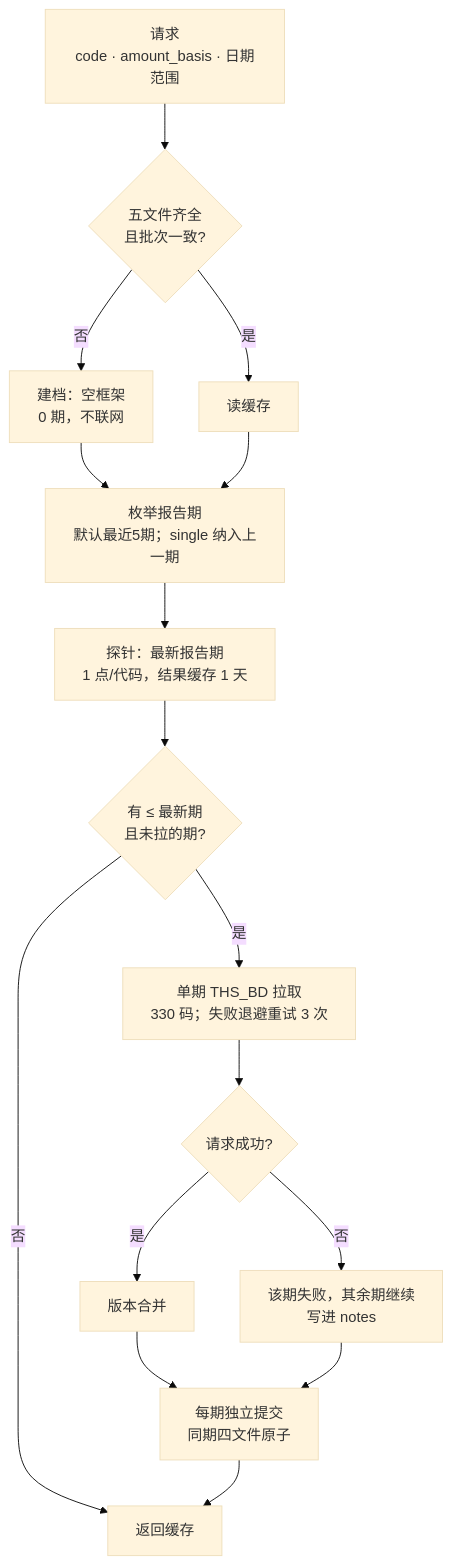
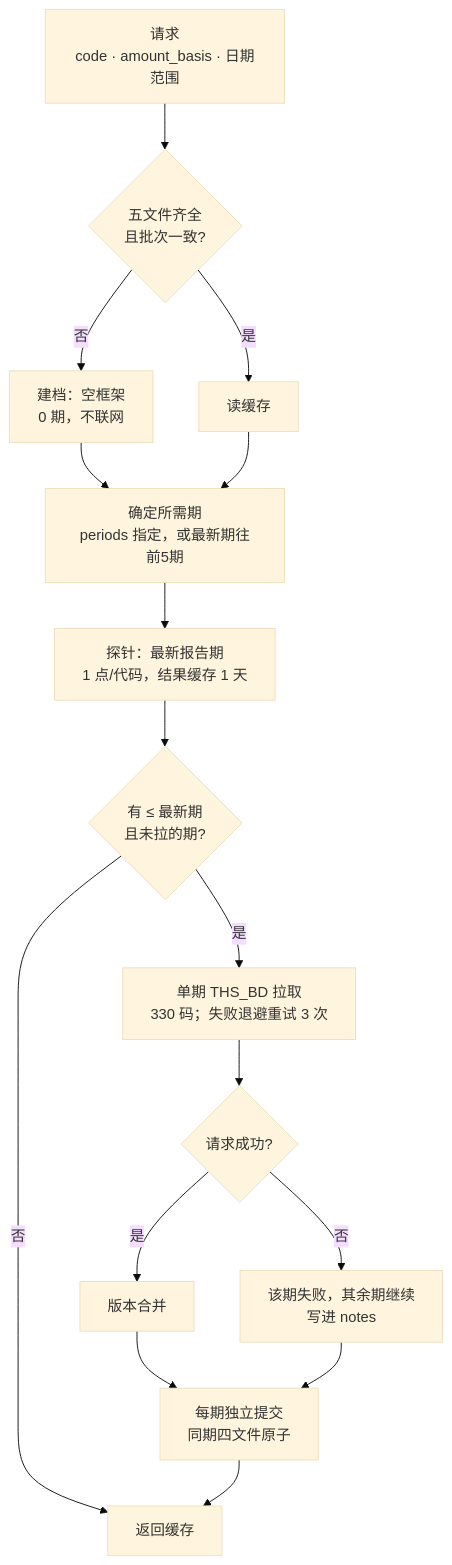
The diagram in docs/assets/src/financial-lazy.mmd (alone-tree/Ashare-announcements-MCP), drawn with Mermaid (base theme) before and after one commit. The commit also changed 6 other files, not shown here.

```diff
--- a/docs/assets/src/financial-lazy.mmd
+++ b/docs/assets/src/financial-lazy.mmd
@@ -1,16 +1,16 @@
 flowchart TD
     A["请求<br/>code · amount_basis · 日期范围"] --> B{"五文件齐全<br/>且批次一致?"}
     B -- 否 --> C["建档：空框架<br/>0 期，不联网"]
     B -- 是 --> D["读缓存"]
-    C --> E["枚举报告期<br/>默认最近5期；single 纳入上一期"]
+    C --> E["确定所需期<br/>periods 指定，或最新期往前5期"]
     D --> E
     E --> P["探针：最新报告期<br/>1 点/代码，结果缓存 1 天"]
     P --> F{"有 ≤ 最新期<br/>且未拉的期?"}
     F -- 否 --> K["返回缓存"]
     F -- 是 --> G["单期 THS_BD 拉取<br/>330 码；失败退避重试 3 次"]
     G --> H{"请求成功?"}
     H -- 否 --> L["该期失败，其余期继续<br/>写进 notes"]
     H -- 是 --> N["版本合并"]
     N --> Q["每期独立提交<br/>同期四文件原子"]
     L --> Q
     Q --> K
```
